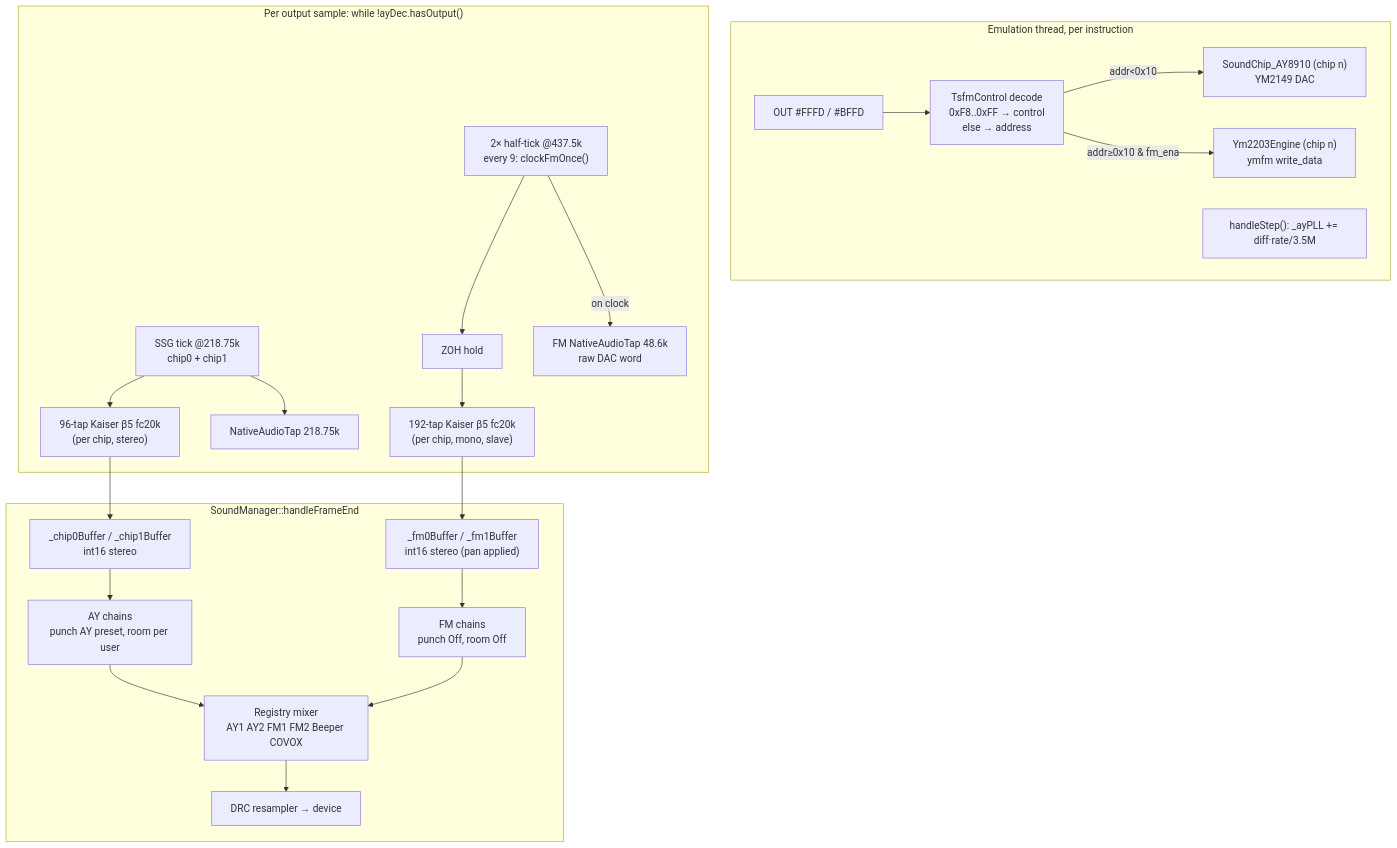
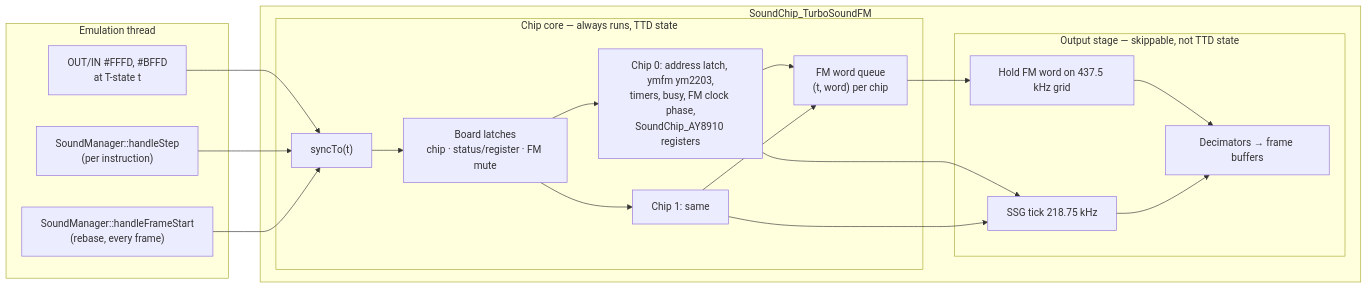
Before and after one commit to alfishe/unreal-ng: the diagram in docs/inprogress/2026-09-10-turbosound-fm/tsfm-tdd.md, drawn with Mermaid. The commit also changed other lines of this file and 13 other files, not shown here.

First line of the commit message:
docs(inprogress): finalize TurboSound FM design, add hardware reference and verification

````diff
--- a/docs/inprogress/2026-09-10-turbosound-fm/tsfm-tdd.md
+++ b/docs/inprogress/2026-09-10-turbosound-fm/tsfm-tdd.md
@@ -331,25 +41,27 @@
 ```mermaid
-flowchart TB
-    subgraph Z80["Emulation thread, per instruction"]
-        OUT["OUT #FFFD / #BFFD"] --> CTL["TsfmControl decode<br/>0xF8..0xFF → control<br/>else → address"]
-        CTL -->|"addr<0x10"| SSG0["SoundChip_AY8910 (chip n)<br/>YM2149 DAC"]
-        CTL -->|"addr≥0x10 & fm_ena"| FM0["Ym2203Engine (chip n)<br/>ymfm write_data"]
-        STEP["handleStep(): _ayPLL += diff·rate/3.5M"]
+flowchart LR
+    subgraph Z80["Emulation thread"]
+        IO["OUT/IN #FFFD, #BFFD<br/>at T-state t"]
+        STEP["SoundManager::handleStep<br/>(per instruction)"]
+        FE["SoundManager::handleFrameStart<br/>(rebase, every frame)"]
     end
-    subgraph Tick["Per output sample: while !ayDec.hasOutput()"]
-        AYT["SSG tick @218.75k<br/>chip0 + chip1"] --> AYD["96-tap Kaiser β5 fc20k<br/>(per chip, stereo)"]
-        AYT --> TAP["NativeAudioTap 218.75k"]
-        HT["2× half-tick @437.5k<br/>every 9: clockFmOnce()"] --> HOLD["ZOH hold"]
-        HOLD --> FMD["192-tap Kaiser β5 fc20k<br/>(per chip, mono, slave)"]
-        HT -->|"on clock"| FTAP["FM NativeAudioTap 48.6k<br/>raw DAC word"]
+    subgraph DEV["SoundChip_TurboSoundFM"]
+        subgraph CORE["Chip core — always runs, TTD state"]
+            SYNC["syncTo(t)"]
+            BOARD["Board latches<br/>chip · status/register · FM mute"]
+            C0["Chip 0: address latch, ymfm ym2203,<br/>timers, busy, FM clock phase,<br/>SoundChip_AY8910 registers"]
+            C1["Chip 1: same"]
+            WQ["FM word queue<br/>(t, word) per chip"]
+        end
+        subgraph OUT["Output stage — skippable, not TTD state"]
+            SSG["SSG tick 218.75 kHz"]
+            HOLD["Hold FM word on 437.5 kHz grid"]
+            DEC["Decimators → frame buffers"]
+        end
     end
-    AYD --> CB["_chip0Buffer / _chip1Buffer<br/>int16 stereo"]
-    FMD --> FB["_fm0Buffer / _fm1Buffer<br/>int16 stereo (pan applied)"]
-    subgraph Frame["SoundManager::handleFrameEnd"]
-        CB --> AYC["AY chains<br/>punch AY preset, room per user"]
-        FB --> FMC["FM chains<br/>punch Off, room Off"]
-        AYC --> MIX["Registry mixer<br/>AY1 AY2 FM1 FM2 Beeper COVOX"]
-        FMC --> MIX
-        MIX --> DRC["DRC resampler → device"]
-    end
+    IO --> SYNC --> BOARD --> C0 & C1
+    STEP --> SYNC
+    FE --> SYNC
+    C0 & C1 --> WQ --> HOLD --> DEC
+    C0 & C1 --> SSG --> DEC
 ```
````
